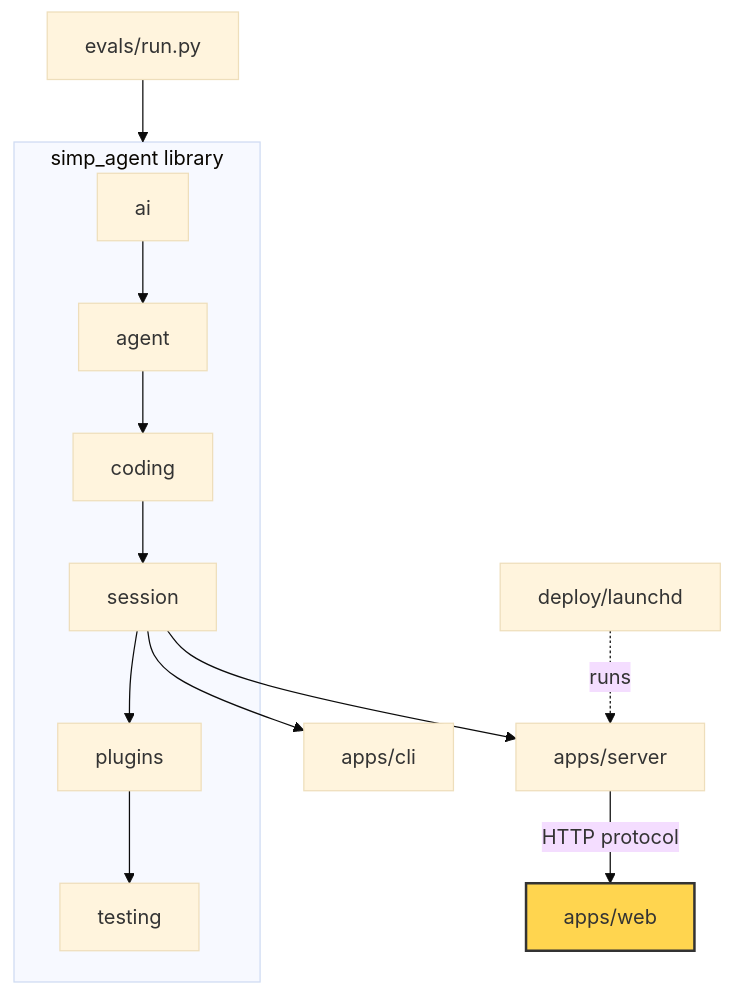
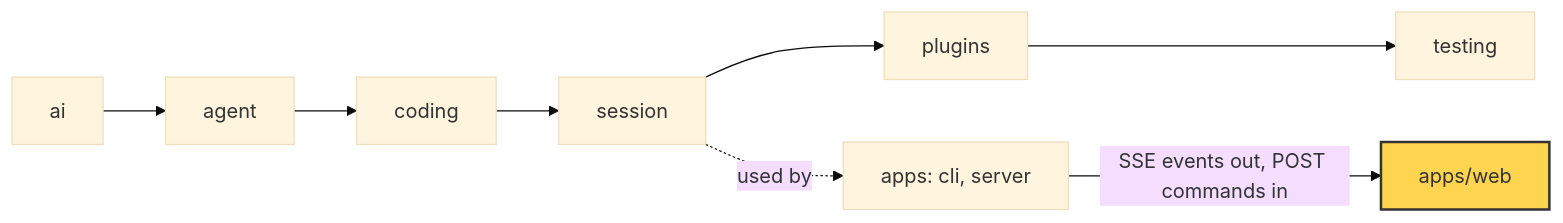
Before and after one commit to danhugo/simp-agent: the diagram in docs/guidebook/25-web-client.md, drawn with Mermaid (base theme). The commit also changed other lines of this file and 1 other file, not shown here.

Commit message:
docs(guidebook): ch25 one-shot rewrite (web client)

````diff
--- a/docs/guidebook/25-web-client.md
+++ b/docs/guidebook/25-web-client.md
@@ -9,12 +9,7 @@
 ```mermaid
-flowchart TB
-    subgraph lib [simp_agent library]
-      ai --> agent --> coding --> session --> plugins --> testing
-    end
-    session --> cli[apps/cli]
-    session --> server[apps/server]
-    server -->|HTTP protocol| web[apps/web]
-    evals[evals/run.py] --> lib
-    deploy[deploy/launchd] -.runs.-> server
+flowchart LR
+    ai --> agent --> coding --> session --> plugins --> testing
+    session -.used by.-> apps["apps: cli, server"]
+    apps -->|"SSE events out, POST commands in"| web["apps/web"]
     style web fill:#ffd54f,stroke:#333,stroke-width:2px
 ```
````
